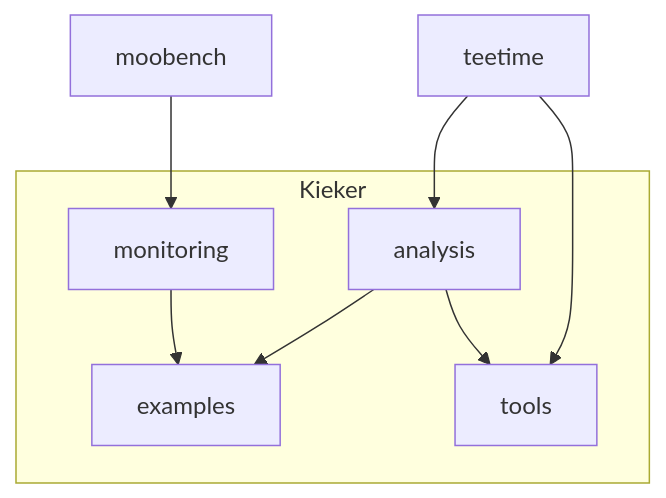
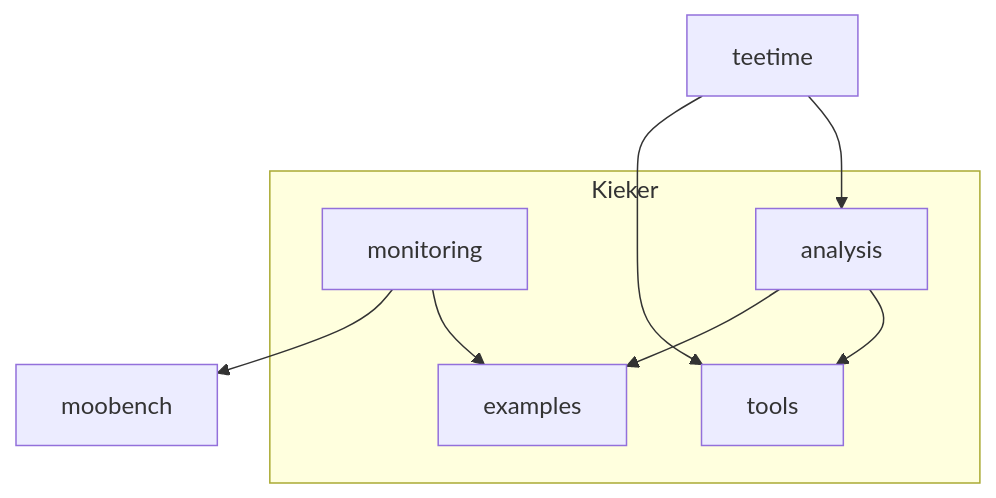
Before and after one commit to kieker-monitoring/.github: the diagram in profile/README.md, drawn with Mermaid.

Commit message:
Fix direction: MooBench depends on Kieker monitoring, not the other way round

````diff
--- a/profile/README.md
+++ b/profile/README.md
@@ -10,12 +10,12 @@
 ```mermaid
 
 flowchart TB
     subgraph Kieker
     monitoring-->examples
     analysis-->tools
     analysis-->examples
     end
     teetime-->analysis
     teetime-->tools
-    moobench-->monitoring
+    monitoring-->moobench
 ```
````
